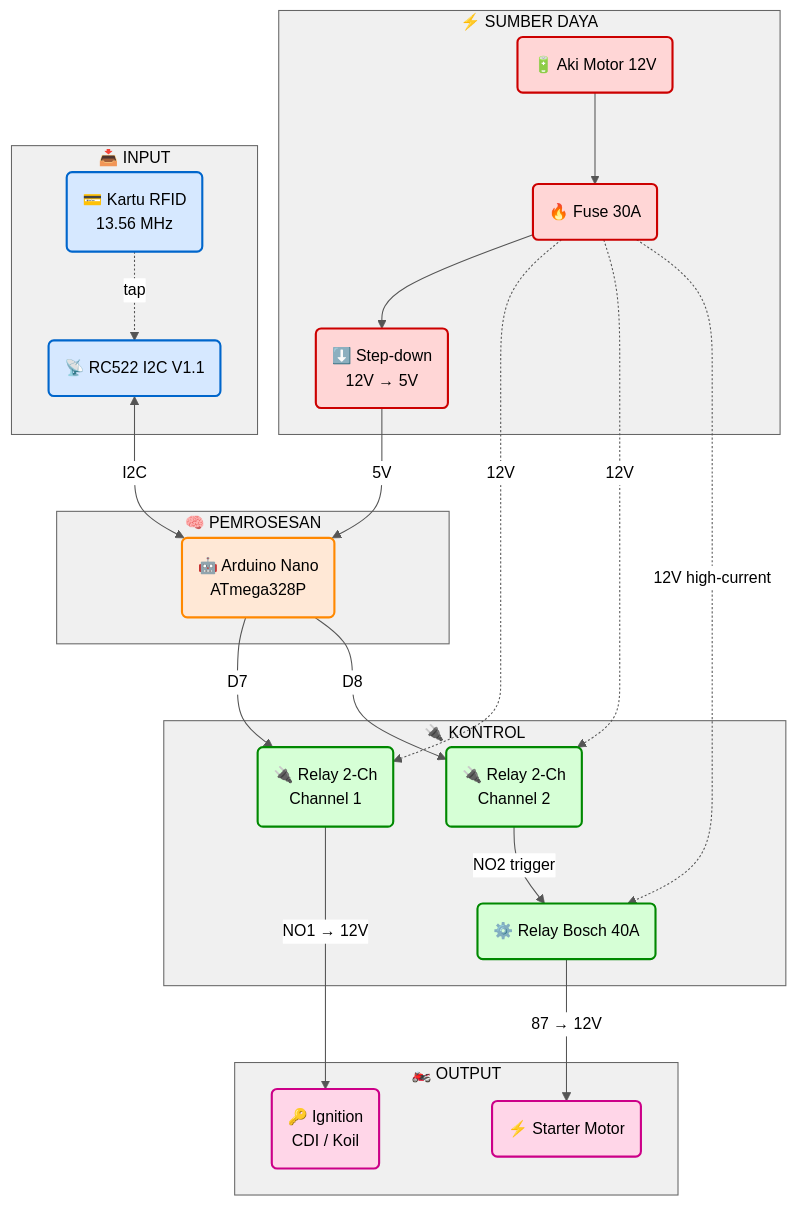
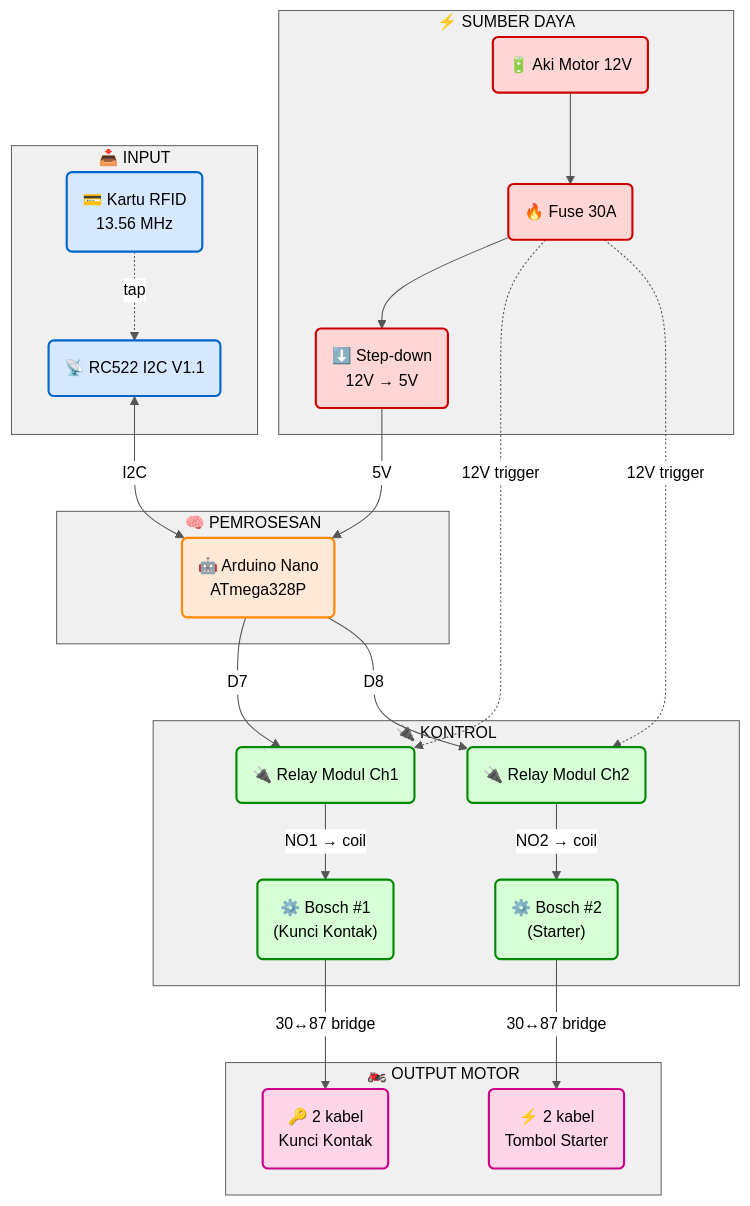
One commit to umarovk/SIKAMOT changed the first of 10 diagrams in motor_starter/DIAGRAM_MERMAID.md. Above: the diagram before and after it, drawn with Mermaid. The commit also changed other lines of this file and 2 other files, not shown here.

First line of the commit message:
docs(motor): wiring cascade 2 Bosch untuk bridge 4 kabel motor

````diff
--- a/motor_starter/DIAGRAM_MERMAID.md
+++ b/motor_starter/DIAGRAM_MERMAID.md
@@ -9,59 +9,60 @@
 ```mermaid
 %%{init: {'theme':'base', 'themeVariables': {'primaryColor':'#ffffff','primaryTextColor':'#000000','primaryBorderColor':'#333333','lineColor':'#555555','secondaryColor':'#ffffff','tertiaryColor':'#f8f8f8','clusterBkg':'#f0f0f0','clusterBorder':'#666666','titleColor':'#000000','edgeLabelBackground':'#ffffff','fontSize':'15px'}}}%%
 flowchart TB
     subgraph SRC["⚡ SUMBER DAYA"]
         AKI("🔋 Aki Motor 12V")
         FUSE("🔥 Fuse 30A")
         STEP("⬇️ Step-down<br/>12V → 5V")
     end
 
     subgraph INPUT["📥 INPUT"]
         CARD("💳 Kartu RFID<br/>13.56 MHz")
         READER("📡 RC522 I2C V1.1")
     end
 
     subgraph BRAIN["🧠 PEMROSESAN"]
         NANO("🤖 Arduino Nano<br/>ATmega328P")
     end
 
     subgraph CTRL["🔌 KONTROL"]
-        REL1("🔌 Relay 2-Ch<br/>Channel 1")
-        REL2("🔌 Relay 2-Ch<br/>Channel 2")
-        BOSCH("⚙️ Relay Bosch 40A")
+        REL1("🔌 Relay Modul Ch1")
+        REL2("🔌 Relay Modul Ch2")
+        BOSCH1("⚙️ Bosch #1<br/>(Kunci Kontak)")
+        BOSCH2("⚙️ Bosch #2<br/>(Starter)")
     end
 
-    subgraph OUTPUT["🏍️ OUTPUT"]
-        IGN("🔑 Ignition<br/>CDI / Koil")
-        STARTER("⚡ Starter Motor")
+    subgraph OUTPUT["🏍️ OUTPUT MOTOR"]
+        IGN("🔑 2 kabel<br/>Kunci Kontak")
+        STARTER("⚡ 2 kabel<br/>Tombol Starter")
     end
 
     AKI --> FUSE
     FUSE --> STEP
-    FUSE -.->|"12V"| REL1
-    FUSE -.->|"12V"| REL2
-    FUSE -.->|"12V high-current"| BOSCH
+    FUSE -.->|"12V trigger"| REL1
+    FUSE -.->|"12V trigger"| REL2
 
     STEP -->|"5V"| NANO
 
     CARD -.->|"tap"| READER
     READER <-->|"I2C"| NANO
 
     NANO -->|"D7"| REL1
     NANO -->|"D8"| REL2
 
-    REL1 -->|"NO1 → 12V"| IGN
-    REL2 -->|"NO2 trigger"| BOSCH
-    BOSCH -->|"87 → 12V"| STARTER
+    REL1 -->|"NO1 → coil"| BOSCH1
+    REL2 -->|"NO2 → coil"| BOSCH2
+    BOSCH1 -->|"30↔87 bridge"| IGN
+    BOSCH2 -->|"30↔87 bridge"| STARTER
 
     classDef power fill:#ffd6d6,stroke:#cc0000,stroke-width:2px,color:#000000
     classDef input fill:#d6e8ff,stroke:#0066cc,stroke-width:2px,color:#000000
     classDef brain fill:#ffe8d6,stroke:#ff8800,stroke-width:2px,color:#000000
     classDef ctrl fill:#d6ffd6,stroke:#008800,stroke-width:2px,color:#000000
     classDef output fill:#ffd6e8,stroke:#cc0088,stroke-width:2px,color:#000000
 
     class AKI,FUSE,STEP power
     class CARD,READER input
     class NANO brain
-    class REL1,REL2,BOSCH ctrl
+    class REL1,REL2,BOSCH1,BOSCH2 ctrl
     class IGN,STARTER output
 ```
````
